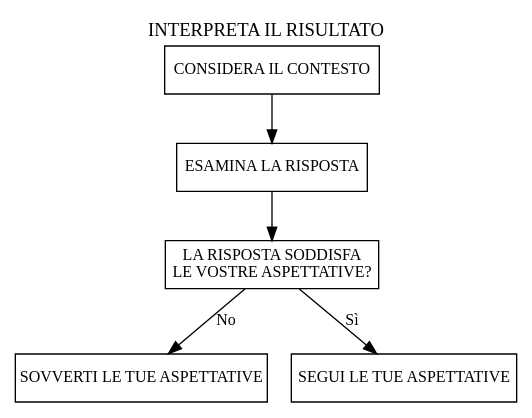
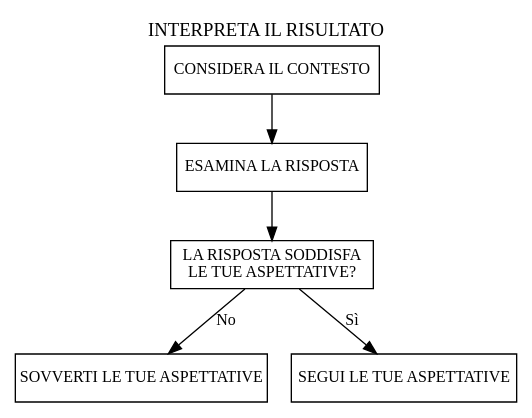
The diagram in it/diagrammi/interpreta_risultato.dot (zeruhur/loner), drawn with Graphviz before and after one commit. The commit also changed 16 other files, not shown here.

Commit message:
updating diagrams

```diff
--- a/it/diagrammi/interpreta_risultato.dot
+++ b/it/diagrammi/interpreta_risultato.dot
@@ -1,18 +1,18 @@
 digraph interpreta_risultato {
     label = "INTERPRETA IL RISULTATO";
     labelloc="t";
     fontname="Permanent Marker";
     node [shape="rect", style = "", 
     fontname="Permanent Marker", fontsize=12];
     edge [shape="rect", fontname="Permanent Marker", fontsize=12];
 
-    cs31 [label = "LA RISPOSTA SODDISFA \n LE VOSTRE ASPETTATIVE?"];
+    cs31 [label = "LA RISPOSTA SODDISFA \n LE TUE ASPETTATIVE?"];
     cs32 [label = "CONSIDERA IL CONTESTO"];
     cs33 [label = "ESAMINA LA RISPOSTA"];
     cs34 [label = "SOVVERTI LE TUE ASPETTATIVE"];
     cs35 [label = "SEGUI LE TUE ASPETTATIVE"];
 
     cs32 -> cs33 -> cs31;
     cs31 -> cs35 [label = "Sì"];
     cs31 -> cs34 [label = "No"];
 }
```
